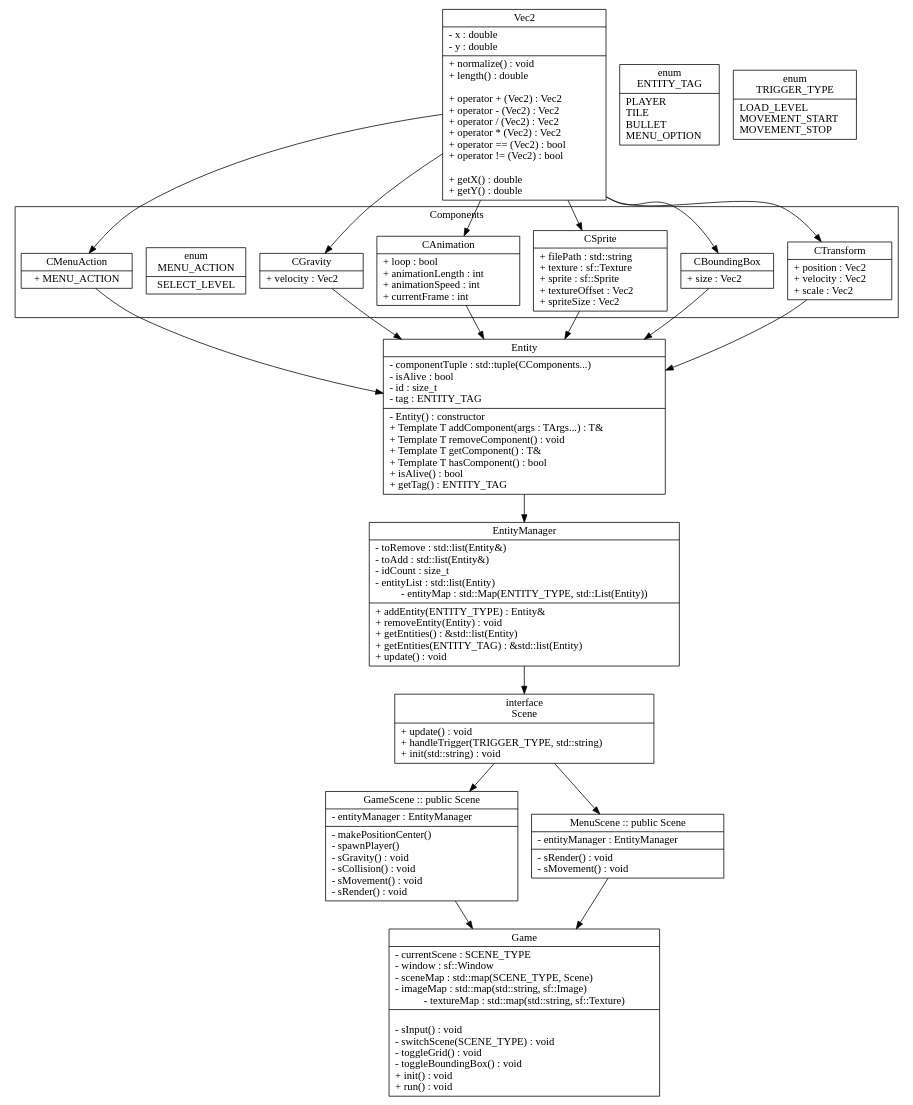
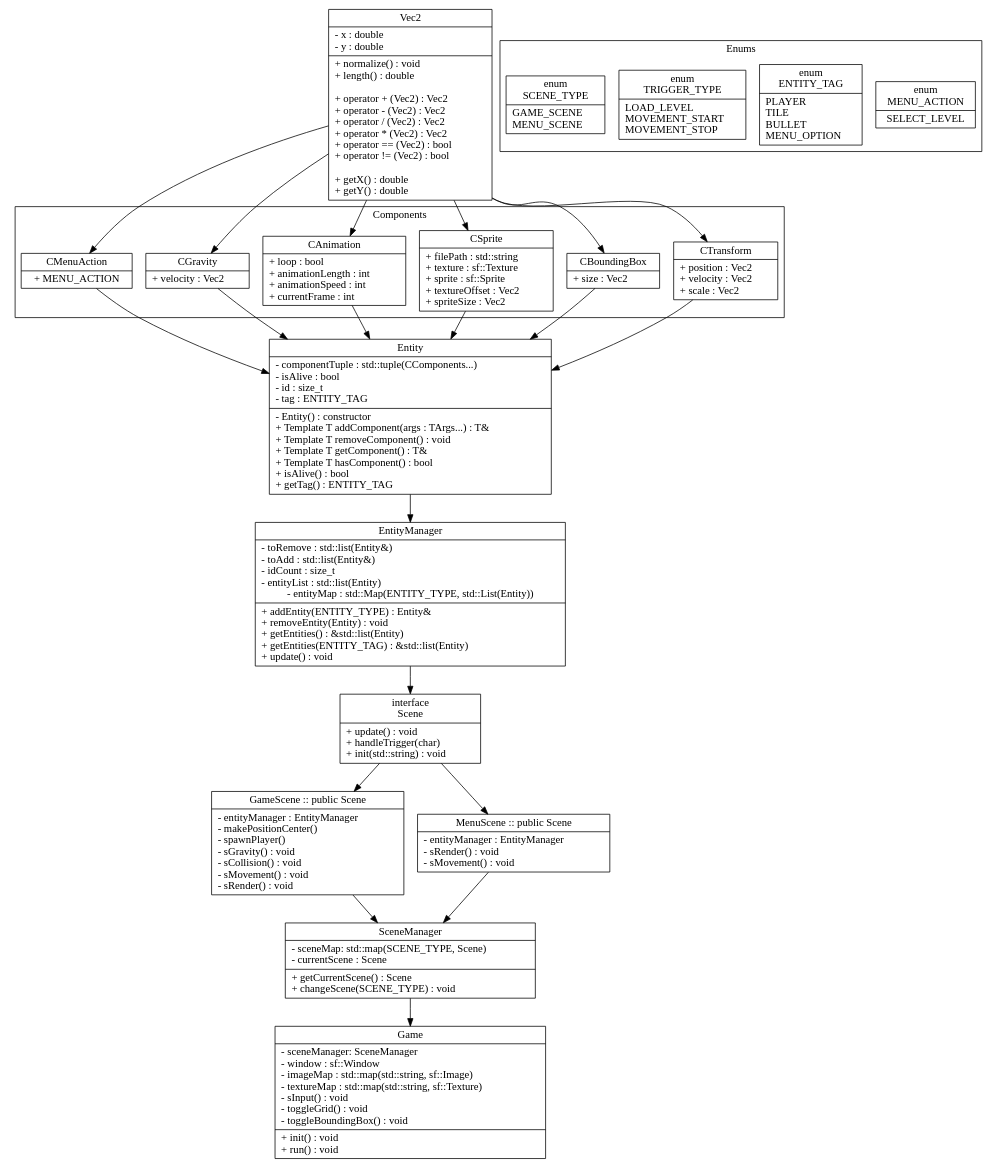
The diagram in docs/graphs/classes.dot (PumpkinBrain/platformer-game), drawn with Graphviz before and after one commit. The commit also changed 2 other files, not shown here.

```diff
--- a/docs/graphs/classes.dot
+++ b/docs/graphs/classes.dot
@@ -21,6 +21,56 @@
 			+ getY() : double\l
 		}"
 	];
+	
+	subgraph clusterEnums
+	{
+	    label="Enums"
+	    MENU_ACTION
+		[
+			label=
+			"{
+				enum\n
+				MENU_ACTION|
+				SELECT_LEVEL
+			}"
+		];
+		
+		ENTITY_TAG
+	    [
+    		label=
+    		"{
+    			enum\n
+    			ENTITY_TAG|
+    			PLAYER\l
+    			TILE\l
+    			BULLET\l
+    			MENU_OPTION\l
+    		}"
+	    ];
+	    
+	    TRIGGER_TYPE
+    	[
+    		label=
+    		"{
+    			enum\n
+    			TRIGGER_TYPE|
+    			LOAD_LEVEL\l
+    			MOVEMENT_START\l
+    			MOVEMENT_STOP\l
+    		}"
+    	];
+    	
+    	SCENE_TYPE
+    	[
+    	    label=
+    	    "{
+    	        enum\n
+    	        SCENE_TYPE|
+    	        GAME_SCENE\l
+    	        MENU_SCENE\l
+            }"
+    	]
+	}
 
 	subgraph clusterComponents
 	{
@@ -79,15 +129,6 @@
 			}"
 		];
 
-		MENU_ACTION
-		[
-			label=
-			"{
-				enum\n
-				MENU_ACTION|
-				SELECT_LEVEL
-			}"
-		];
 		
 		CMenuAction
 		[
@@ -100,18 +141,7 @@
 
 	}
 
-	ENTITY_TAG
-	[
-		label=
-		"{
-			enum\n
-			ENTITY_TAG|
-			PLAYER\l
-			TILE\l
-			BULLET\l
-			MENU_OPTION\l
-		}"
-	];
+	
 
 	Entity
 	[
@@ -150,18 +180,7 @@
 		}"
 	];
 
-	TRIGGER_TYPE
-	[
-		label=
-		"{
-			enum\n
-			TRIGGER_TYPE|
-			LOAD_LEVEL\l
-			MOVEMENT_START\l
-			MOVEMENT_STOP\l
-		}"
-	];
-
+	
 	SceneInterface
 	[
 		label=
@@ -169,7 +188,7 @@
 			interface\n
 			Scene|
 			+ update() : void\l
-			+ handleTrigger(TRIGGER_TYPE, std::string)\l
+			+ handleTrigger(char)\l
 			+ init(std::string) : void\l
 		}"
 	];
@@ -179,7 +198,7 @@
 		label=
 		"{
 			GameScene :: public Scene|
-			- entityManager : EntityManager\l|
+			- entityManager : EntityManager\l
 			- makePositionCenter()\l
 			- spawnPlayer()\l
 			- sGravity() : void\l
@@ -194,26 +213,36 @@
 		label=
 		"{
 			MenuScene :: public Scene|
-			- entityManager : EntityManager\l|
+			- entityManager : EntityManager\l
 			- sRender() : void\l
 			- sMovement() : void\l
 		}"
 	];
+	
+	SceneManager
+	[
+	    label=
+	    "{
+	        SceneManager|
+	        - sceneMap: std::map(SCENE_TYPE, Scene)\l
+	        - currentScene : Scene\l|
+	        + getCurrentScene() : Scene\l
+	        + changeScene(SCENE_TYPE) : void\l
+	    }"
+	]
 	
 	Game
 	[
 		label=
 		"{
 			Game|
-			- currentScene : SCENE_TYPE\l
+			- sceneManager: SceneManager\l
 			- window : sf::Window\l
-			- sceneMap : std::map(SCENE_TYPE, Scene)\l
 			- imageMap : std::map(std::string, sf::Image)\l
-			- textureMap : std::map(std::string, sf::Texture)|\l
+			- textureMap : std::map(std::string, sf::Texture)\l
 			- sInput() : void\l
-			- switchScene(SCENE_TYPE) : void\l 
 			- toggleGrid() : void\l
-			- toggleBoundingBox() : void\l
+			- toggleBoundingBox() : void\l|
 			+ init() : void\l
 			+ run() : void\l
 		}"
@@ -223,5 +252,5 @@
 	{CSprite, CAnimation, CBoundingBox, CGravity, CTransform, CMenuAction} -> Entity;
 	Entity -> EntityManager;
 	EntityManager -> SceneInterface -> {GameScene, MenuScene};
-	{GameScene, MenuScene} -> Game;
+	{GameScene, MenuScene} -> SceneManager -> Game;
 }
```
